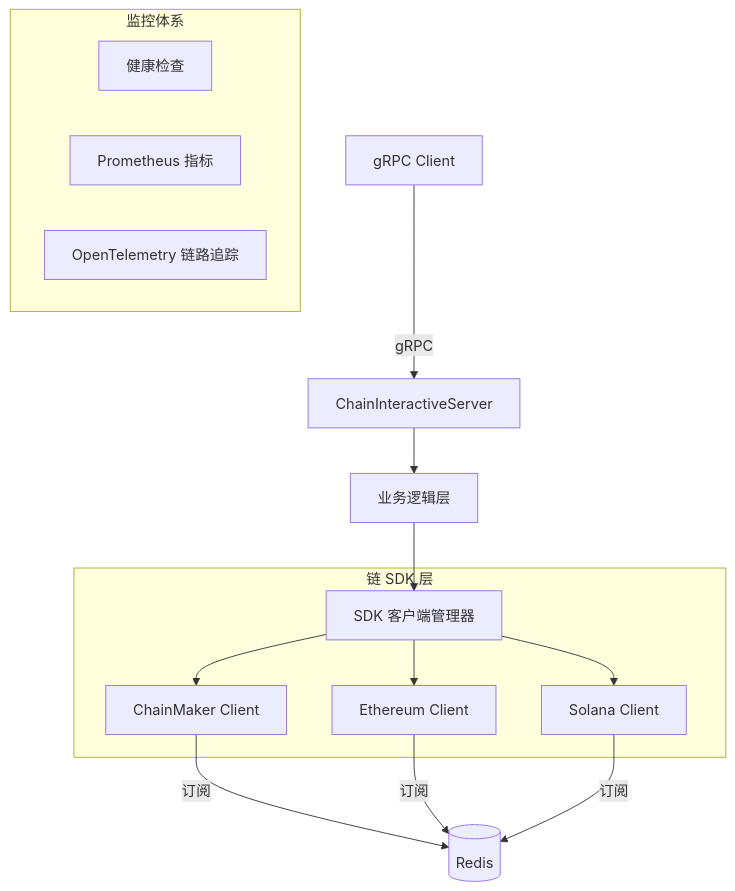
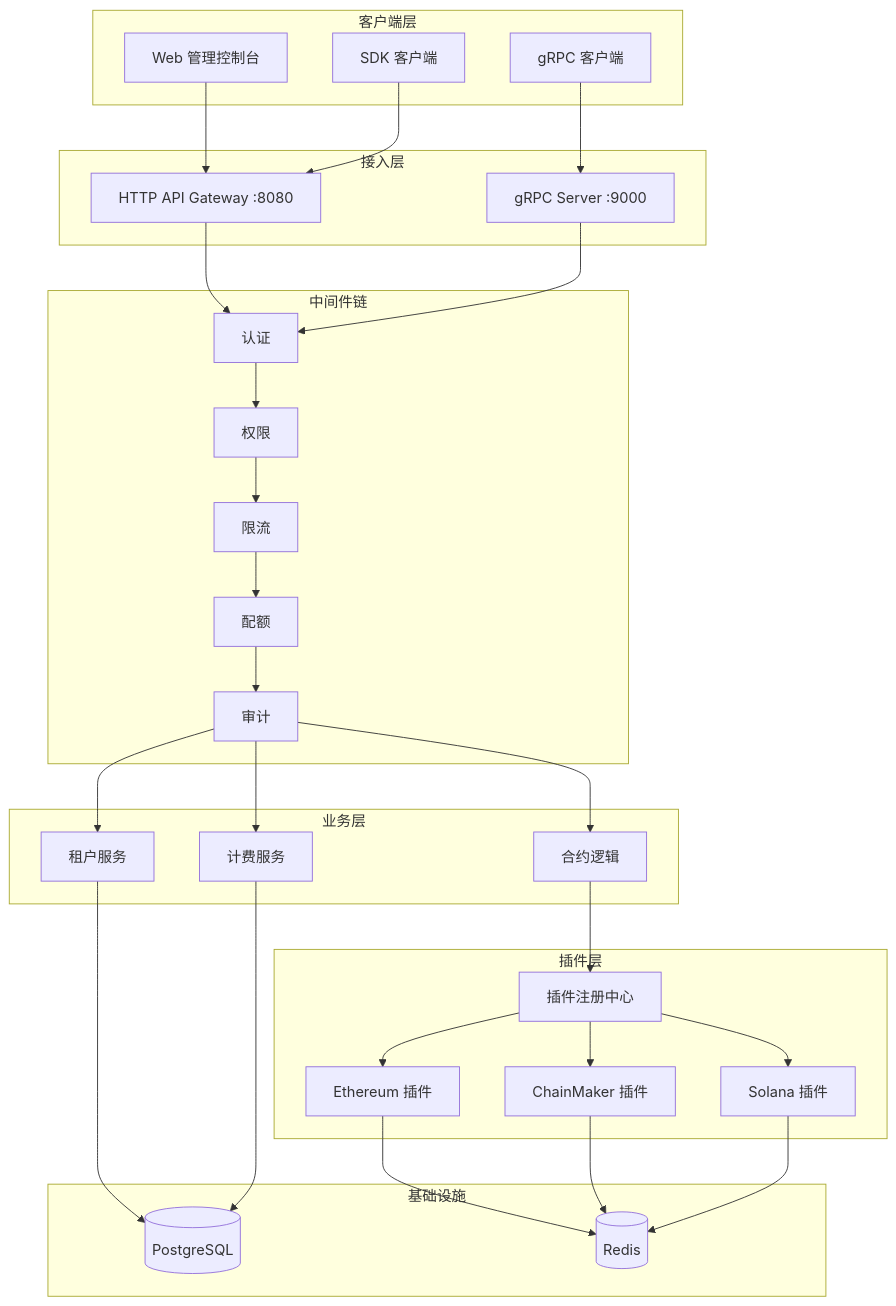
The diagram in README_CN.md (jackz-jones/blockchain-interactive-service), drawn with Mermaid before and after one commit. The commit also changed other lines of this file and 7 other files, not shown here.

````diff
--- a/README_CN.md
+++ b/README_CN.md
@@ -33,22 +43,53 @@
 ```mermaid
 graph TB
-    Client[gRPC Client] -->|gRPC| Server[ChainInteractiveServer]
-    Server --> Logic[业务逻辑层]
-    Logic --> SDKClient[SDK 客户端管理器]
-    
-    subgraph "链 SDK 层"
-        SDKClient --> ChainMaker[ChainMaker Client]
-        SDKClient --> Ethereum[Ethereum Client]
-        SDKClient --> Solana[Solana Client]
+    subgraph "客户端层"
+        Dashboard[Web 管理控制台]
+        SDK[SDK 客户端]
+        GRPC[gRPC 客户端]
     end
-    
-    ChainMaker -->|订阅| Redis[(Redis)]
-    Ethereum -->|订阅| Redis
-    Solana -->|订阅| Redis
-    
-    subgraph "监控体系"
-        Health[健康检查]
-        Metrics[Prometheus 指标]
-        Tracing[OpenTelemetry 链路追踪]
+
+    subgraph "接入层"
+        GW[HTTP API Gateway :8080]
+        GS[gRPC Server :9000]
     end
+
+    subgraph "中间件链"
+        AUTH[认证] --> RBAC2[权限] --> RL[限流] --> QT[配额] --> AD[审计]
+    end
+
+    subgraph "业务层"
+        TS[租户服务]
+        BS[计费服务]
+        CL[合约逻辑]
+    end
+
+    subgraph "插件层"
+        PR[插件注册中心]
+        EP[Ethereum 插件]
+        CP[ChainMaker 插件]
+        SP[Solana 插件]
+    end
+
+    subgraph "基础设施"
+        PG[(PostgreSQL)]
+        RD[(Redis)]
+    end
+
+    Dashboard --> GW
+    SDK --> GW
+    GRPC --> GS
+    GW --> AUTH
+    GS --> AUTH
+    AD --> TS
+    AD --> BS
+    AD --> CL
+    CL --> PR
+    PR --> EP
+    PR --> CP
+    PR --> SP
+    TS --> PG
+    BS --> PG
+    EP --> RD
+    CP --> RD
+    SP --> RD
 ```
````
